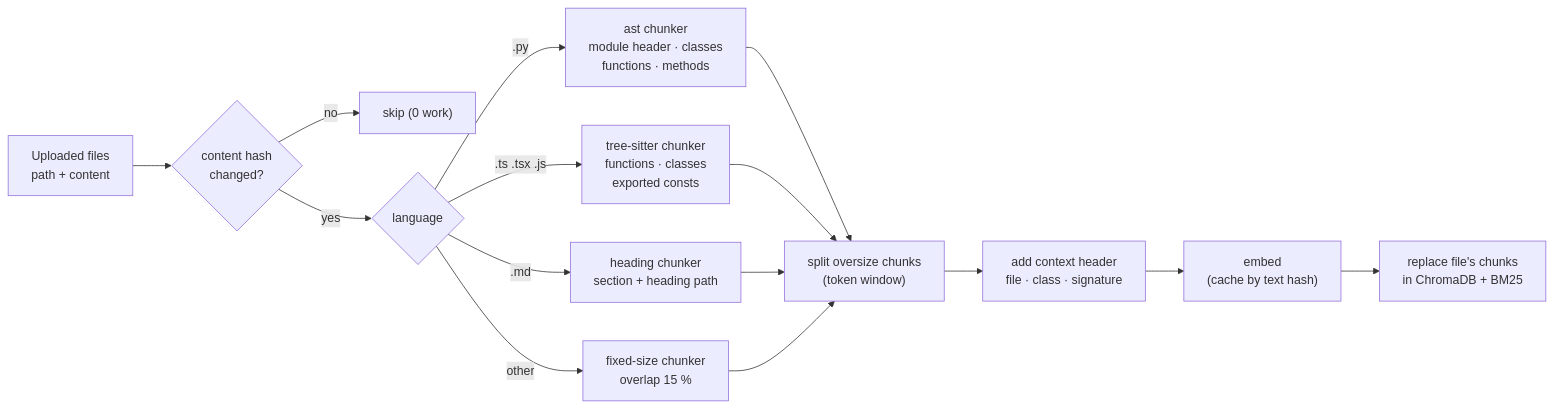
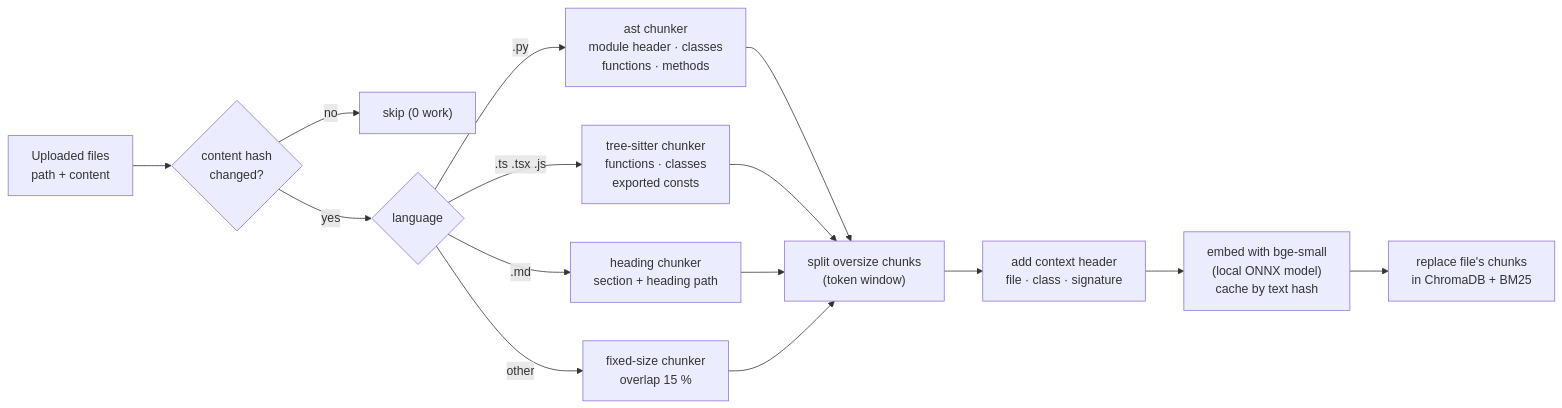
One commit to RodrigoDamasio/TA_Module4 changed the second of 3 diagrams in Lab_module4/PLAN.md. Above: the diagram before and after it, drawn with Mermaid. The commit also changed other lines of this file, not shown here.

Commit message:
Plan: show the local ONNX models in the query and indexing diagrams

````diff
--- a/Lab_module4/PLAN.md
+++ b/Lab_module4/PLAN.md
@@ -70,14 +70,14 @@
 ```mermaid
 flowchart LR
     files["Uploaded files<br/>path + content"] --> hash{"content hash<br/>changed?"}
     hash -- "no" --> skip["skip (0 work)"]
     hash -- "yes" --> lang{"language"}
     lang -- ".py" --> py["ast chunker<br/>module header · classes<br/>functions · methods"]
     lang -- ".ts .tsx .js" --> ts["tree-sitter chunker<br/>functions · classes<br/>exported consts"]
     lang -- ".md" --> md["heading chunker<br/>section + heading path"]
     lang -- "other" --> fx["fixed-size chunker<br/>overlap 15 %"]
     py & ts & md & fx --> split["split oversize chunks<br/>(token window)"]
     split --> ctx["add context header<br/>file · class · signature"]
-    ctx --> emb["embed<br/>(cache by text hash)"]
+    ctx --> emb["embed with bge-small<br/>(local ONNX model)<br/>cache by text hash"]
     emb --> store["replace file's chunks<br/>in ChromaDB + BM25"]
 ```
````
